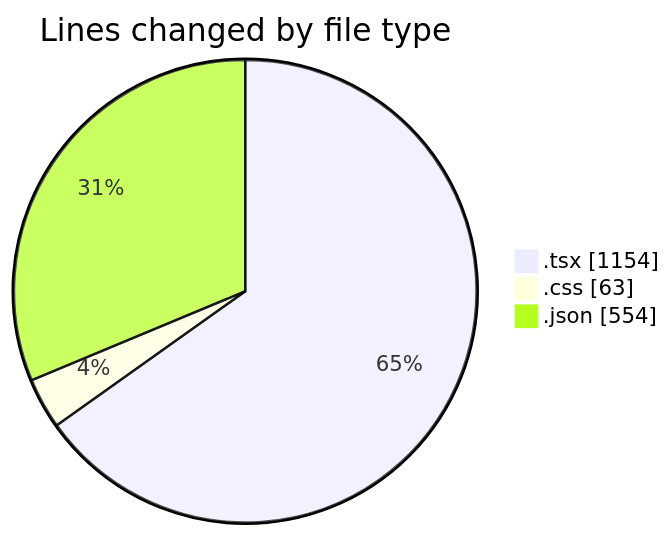
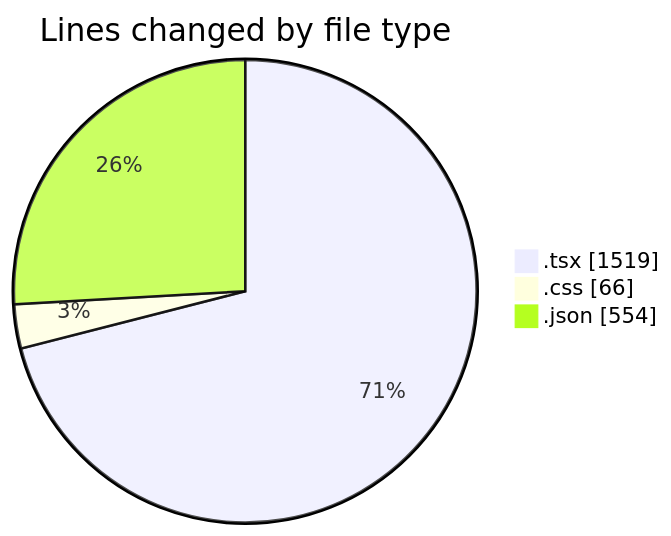
Before and after one commit to EIIisD/code-tracking: the first of 2 diagrams in 2025-08-04/tw-server/README.md, drawn with Mermaid. The commit also changed other lines of this file and 1 other file, not shown here.

````diff
--- a/2025-08-04/tw-server/README.md
+++ b/2025-08-04/tw-server/README.md
@@ -25,7 +28,7 @@
 ```mermaid
 pie showData
 title Lines changed by file type
-".tsx" : 1154
-".css" : 63
+".tsx" : 1519
+".css" : 66
 ".json" : 554
 ```
````
